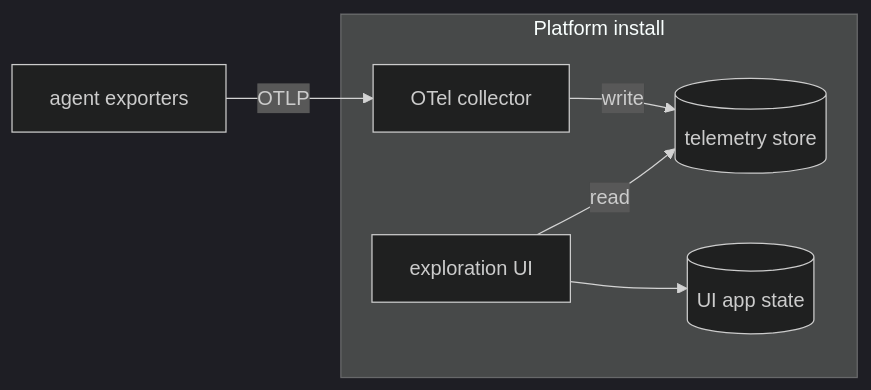
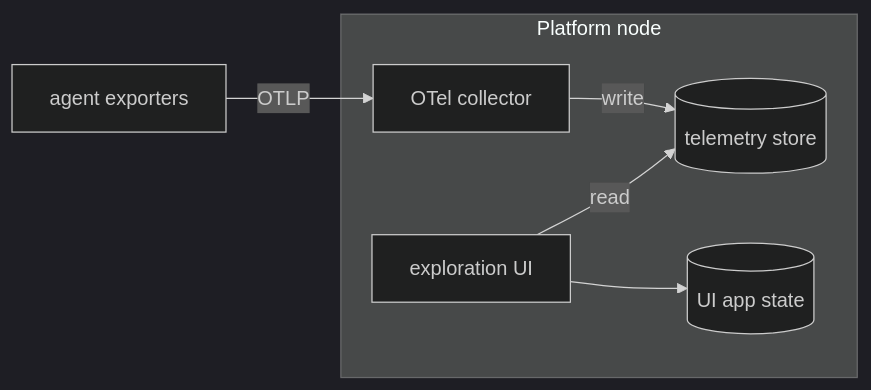
One commit to dam-agents/dam changed the diagram in docs/architecture/observability.md. Above: the diagram before and after it, drawn with Mermaid (dark theme). The commit also changed other lines of this file and 217 other files, not shown here.

First line of the commit message:
docs(architecture): describe the node, not the cluster

````diff
--- a/docs/architecture/observability.md
+++ b/docs/architecture/observability.md
@@ -13,14 +13,14 @@
 ```mermaid
 flowchart LR
   exporters[agent exporters]
-  subgraph cluster[Platform install]
+  subgraph node[Platform node]
     collector[OTel collector]
     store[(telemetry store)]
     ui[exploration UI]
     appstate[(UI app state)]
   end
   exporters -->|OTLP| collector
   collector -->|write| store
   ui -->|read| store
   ui --> appstate
 ```
````
